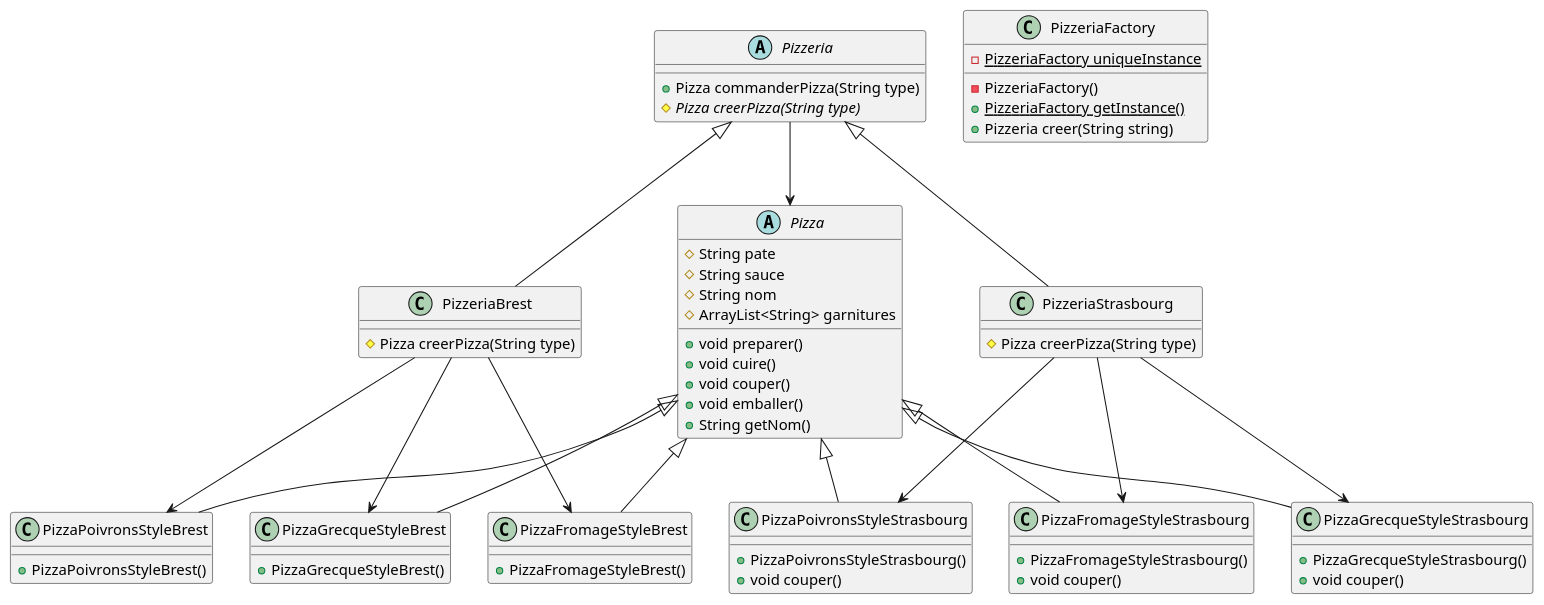
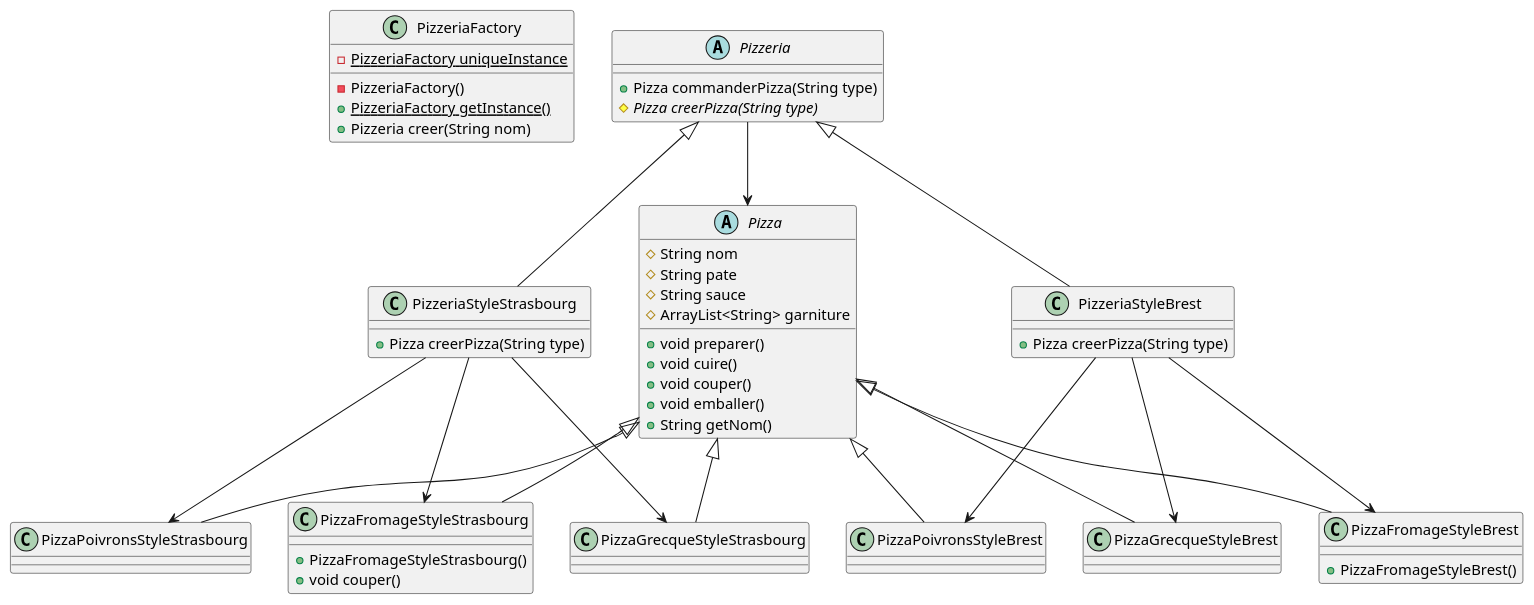
One commit to IUT-Blagnac/cpoa-tp3-Julian-Denis changed the diagram in docs/TP3.plantuml. Above: the diagram before and after it, drawn with PlantUML. The commit also changed 16 other files, not shown here.

```diff
--- a/docs/TP3.plantuml
+++ b/docs/TP3.plantuml
@@ -1,73 +1,64 @@
 @startuml
-class PizzeriaStrasbourg [[java:Fabrique.PizzeriaStrasbourg]] {
-	#Pizza creerPizza(String type)
+class PizzeriaFactory [[java:Fabrique.PizzeriaFactory]] {
+	-{static}PizzeriaFactory uniqueInstance
+	-PizzeriaFactory()
+	+{static}PizzeriaFactory getInstance()
+	+Pizzeria creer(String nom)
 }
-
-Pizzeria <|-- PizzeriaStrasbourg
+class PizzeriaStyleBrest [[java:Fabrique.PizzeriaStyleBrest]] {
+	+Pizza creerPizza(String type)
+}
+class Pizzeria [[java:Fabrique.Pizzeria]] {
+}
+Pizzeria <|-- PizzeriaStyleBrest
+class PizzeriaStyleStrasbourg [[java:Fabrique.PizzeriaStyleStrasbourg]] {
+	+Pizza creerPizza(String type)
+}
+class Pizzeria [[java:Fabrique.Pizzeria]] {
+}
+Pizzeria <|-- PizzeriaStyleStrasbourg
 abstract class Pizzeria [[java:Fabrique.Pizzeria]] {
 	+Pizza commanderPizza(String type)
 	#{abstract}Pizza creerPizza(String type)
 }
-class PizzeriaFactory [[java:Fabrique.PizzeriaFactory]] {
-	-{static}PizzeriaFactory uniqueInstance
-	-PizzeriaFactory()
-	+{static}PizzeriaFactory getInstance()
-	+Pizzeria creer(String string)
-}
-class PizzeriaBrest [[java:Fabrique.PizzeriaBrest]] {
-	#Pizza creerPizza(String type)
-}
-
-Pizzeria <|-- PizzeriaBrest
 abstract class Pizza [[java:Pizza.Pizza]] {
+	#String nom
 	#String pate
 	#String sauce
-	#String nom
-	#ArrayList<String> garnitures
+	#ArrayList<String> garniture
 	+void preparer()
 	+void cuire()
 	+void couper()
 	+void emballer()
 	+String getNom()
 }
 class PizzaPoivronsStyleStrasbourg [[java:Pizza.PizzaPoivronsStyleStrasbourg]] {
-	+PizzaPoivronsStyleStrasbourg()
-	+void couper()
 }
-
 Pizza <|-- PizzaPoivronsStyleStrasbourg
 class PizzaPoivronsStyleBrest [[java:Pizza.PizzaPoivronsStyleBrest]] {
-	+PizzaPoivronsStyleBrest()
 }
-
 Pizza <|-- PizzaPoivronsStyleBrest
 class PizzaFromageStyleStrasbourg [[java:Pizza.PizzaFromageStyleStrasbourg]] {
 	+PizzaFromageStyleStrasbourg()
 	+void couper()
 }
-
 Pizza <|-- PizzaFromageStyleStrasbourg
 class PizzaGrecqueStyleBrest [[java:Pizza.PizzaGrecqueStyleBrest]] {
-	+PizzaGrecqueStyleBrest()
 }
-
 Pizza <|-- PizzaGrecqueStyleBrest
 class PizzaGrecqueStyleStrasbourg [[java:Pizza.PizzaGrecqueStyleStrasbourg]] {
-	+PizzaGrecqueStyleStrasbourg()
-	+void couper()
 }
-
 Pizza <|-- PizzaGrecqueStyleStrasbourg
 class PizzaFromageStyleBrest [[java:Pizza.PizzaFromageStyleBrest]] {
 	+PizzaFromageStyleBrest()
 }
+Pizza <|-- PizzaFromageStyleBrest
 
-Pizza <|-- PizzaFromageStyleBrest
 Pizzeria --> Pizza
-PizzeriaBrest --> PizzaFromageStyleBrest
-PizzeriaStrasbourg --> PizzaFromageStyleStrasbourg
-PizzeriaBrest --> PizzaGrecqueStyleBrest
-PizzeriaStrasbourg --> PizzaGrecqueStyleStrasbourg
-PizzeriaBrest --> PizzaPoivronsStyleBrest
-PizzeriaStrasbourg --> PizzaPoivronsStyleStrasbourg
+PizzeriaStyleBrest --> PizzaFromageStyleBrest
+PizzeriaStyleBrest --> PizzaGrecqueStyleBrest
+PizzeriaStyleBrest --> PizzaPoivronsStyleBrest
+PizzeriaStyleStrasbourg --> PizzaFromageStyleStrasbourg
+PizzeriaStyleStrasbourg --> PizzaGrecqueStyleStrasbourg
+PizzeriaStyleStrasbourg --> PizzaPoivronsStyleStrasbourg
 @enduml
```
